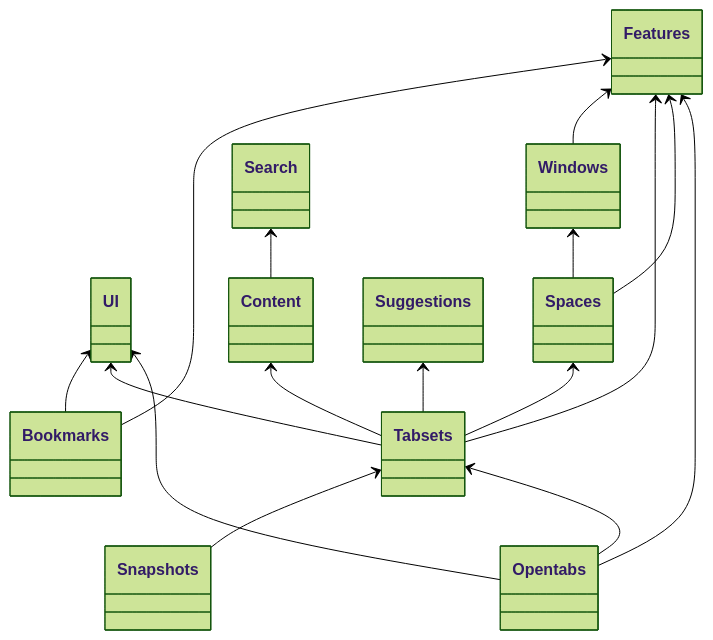
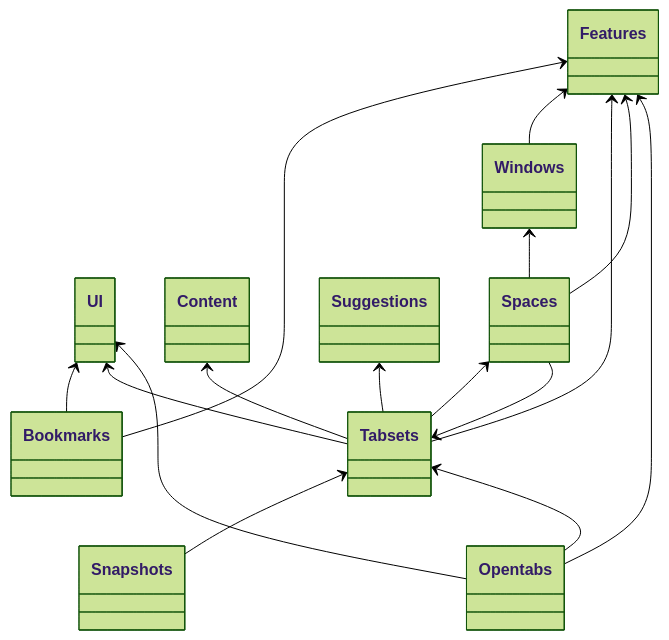
One commit to evandor/tabsets changed the diagram in docs/submodules/index.md. Above: the diagram before and after it, drawn with Mermaid (forest theme).

Commit message:
less dependencies for windows on tabsets

````diff
--- a/docs/submodules/index.md
+++ b/docs/submodules/index.md
@@ -14,36 +14,37 @@
 ```mermaid
 classDiagram
 %%  Core <-- Features
 
   Features <-- Bookmarks
   UI <-- Bookmarks
 
   Features <-- Windows
 %%  Tabsets <-- Windows
 
 %%  Tabsets <-- Thumbnails
 %%  Windows <-- Thumbnails
 
   Content <-- Tabsets
   Features <-- Tabsets
 %%  Search <-- Tabsets
   Spaces <-- Tabsets
   Suggestions <-- Tabsets
 %%  Bookmarks <-- Tabsets
   UI <-- Tabsets
 
   Features <-- Spaces
   Windows <-- Spaces
+  Tabsets <-- Spaces
 
 %%  Bookmarks <-- Search
 
-  Search <-- Content
+%%  Search <-- Content
 
   Tabsets <-- Snapshots
 
   UI <-- Opentabs
   Tabsets <-- Opentabs
   Features <-- Opentabs
 
 
 ```
````
